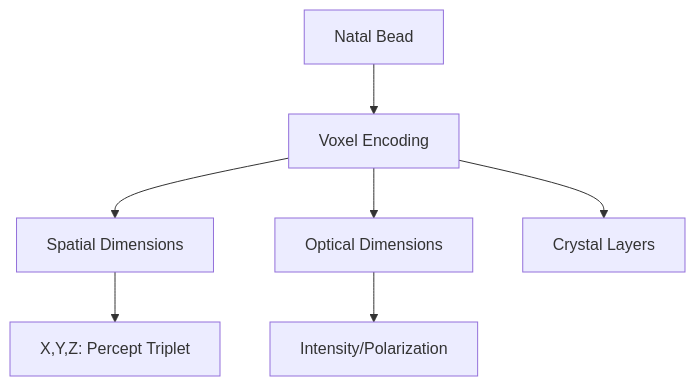
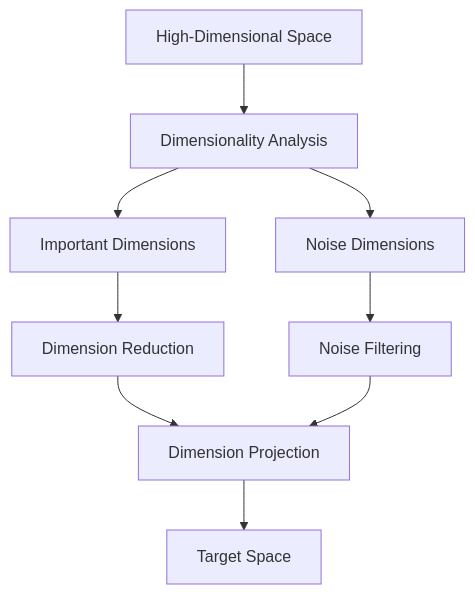
Before and after one commit to heavyblotto/memorativa: the fifth of 13 diagrams in docs/2. the cybernetic system/memorativa-2-22-percept-computational-architecture.md, drawn with Mermaid. The commit also changed other lines of this file and 2 other files, not shown here.

````diff
--- a/docs/2. the cybernetic system/memorativa-2-22-percept-computational-architecture.md
+++ b/docs/2. the cybernetic system/memorativa-2-22-percept-computational-architecture.md
@@ -475,9 +329,15 @@
 ```mermaid
 graph TD
-    NB[Natal Bead] --> VE[Voxel Encoding]
-    VE --> SD[Spatial Dimensions]
-    VE --> OD[Optical Dimensions]
-    SD --> XYZ[X,Y,Z: Percept Triplet]
-    OD --> IP[Intensity/Polarization]
-    VE --> CL[Crystal Layers]
+    HD[High-Dimensional Space] --> DA[Dimensionality Analysis]
+    
+    DA --> ID[Important Dimensions]
+    DA --> ND[Noise Dimensions]
+    
+    ID --> DR[Dimension Reduction]
+    ND --> NF[Noise Filtering]
+    
+    DR --> DP[Dimension Projection]
+    NF --> DP
+    
+    DP --> TS[Target Space]
 ```
````
